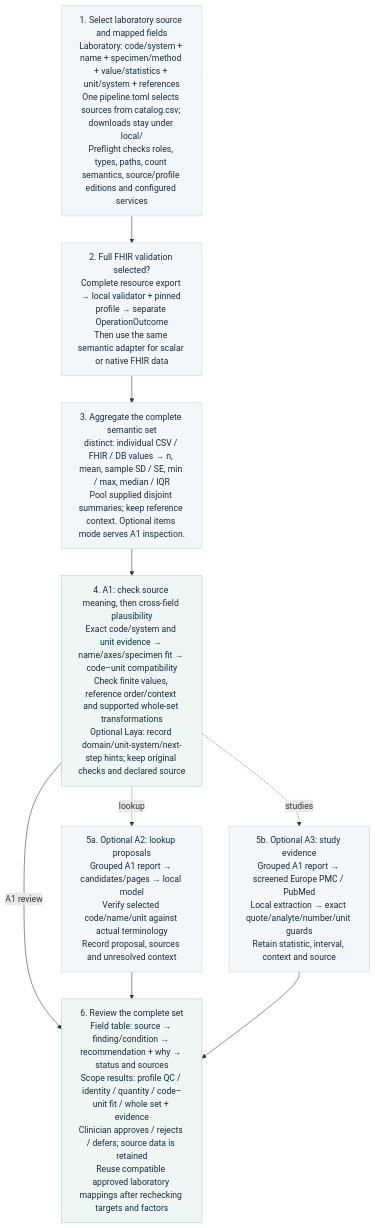
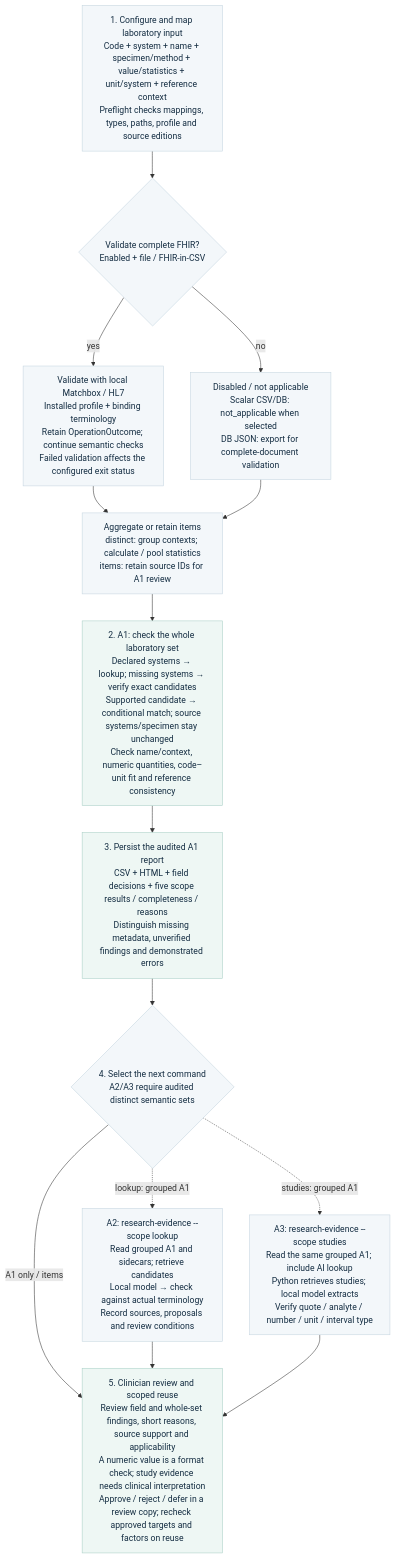
The diagram in docs/decision-flow.mmd (neumdan/semantic-plausibility), drawn with Mermaid before and after one commit. The commit also changed 15 other files, not shown here.

Commit message:
docs: align laboratory workflow, diagrams and medication v2 scope

```diff
--- a/docs/decision-flow.mmd
+++ b/docs/decision-flow.mmd
@@ -1,22 +1,30 @@
-%% Same node/edge contract as decision-flow.svg.
+%% Generated with decision-flow.svg by tools/render_batch_diagrams.py.
 flowchart TD
-    CONTRACT["1. Select laboratory source and mapped fields<br/>Laboratory: code/system + name + specimen/method + value/statistics + unit/system + references<br/>One pipeline.toml selects sources from catalog.csv; downloads stay under local/<br/>Preflight checks roles, types, paths, count semantics, source/profile editions and configured services"]
-    FHIR["2. Full FHIR validation selected?<br/>Complete resource export → local validator + pinned profile → separate OperationOutcome<br/>Then use the same semantic adapter for scalar or native FHIR data"]
-    GROUP["3. Aggregate the complete semantic set<br/>distinct: individual CSV / FHIR / DB values → n, mean, sample SD / SE, min / max, median / IQR<br/>Pool supplied disjoint summaries; keep reference context. Optional items mode serves A1 inspection."]
-    A1["4. A1: check source meaning, then cross-field plausibility<br/>Exact code/system and unit evidence → name/axes/specimen fit → code–unit compatibility<br/>Check finite values, reference order/context and supported whole-set transformations<br/>Optional Laya: record domain/unit-system/next-step hints; keep original checks and declared source"]
-    A2["5a. Optional A2: lookup proposals<br/>Grouped A1 report → candidates/pages → local model<br/>Verify selected code/name/unit against actual terminology<br/>Record proposal, sources and unresolved context"]
-    A3["5b. Optional A3: study evidence<br/>Grouped A1 report → screened Europe PMC / PubMed<br/>Local extraction → exact quote/analyte/number/unit guards<br/>Retain statistic, interval, context and source"]
-    REVIEW["6. Review the complete set<br/>Field table: source → finding/condition → recommendation + why → status and sources<br/>Scope results: profile QC / identity / quantity / code–unit fit / whole set + evidence<br/>Clinician approves / rejects / defers; source data is retained<br/>Reuse compatible approved laboratory mappings after rechecking targets and factors"]
-    CONTRACT --> FHIR
+    INPUT["1. Configure and map laboratory input<br/>Code + system + name + specimen/method + value/statistics + unit/system + reference context<br/>Preflight checks mappings, types, paths, profile and source editions"]
+    VALIDATION{"Validate complete FHIR?<br/>Enabled + file / FHIR-in-CSV"}
+    FHIR["Validate with local Matchbox / HL7<br/>Installed profile + binding terminology<br/>Retain OperationOutcome; continue semantic checks<br/>Failed validation affects the configured exit status"]
+    SKIP["Disabled / not applicable<br/>Scalar CSV/DB: not_applicable when selected<br/>DB JSON: export for complete-document validation"]
+    GROUP["Aggregate or retain items<br/>distinct: group contexts; calculate / pool statistics<br/>items: retain source IDs for A1 review"]
+    A1["2. A1: check the whole laboratory set<br/>Declared systems → lookup; missing systems → verify exact candidates<br/>Supported candidate → conditional match; source systems/specimen stay unchanged<br/>Check name/context, numeric quantities, code–unit fit and reference consistency"]
+    REPORT["3. Persist the audited A1 report<br/>CSV + HTML + field decisions + five scope results / completeness / reasons<br/>Distinguish missing metadata, unverified findings and demonstrated errors"]
+    METHOD{"4. Select the next command<br/>A2/A3 require audited distinct semantic sets"}
+    A2["A2: research-evidence --scope lookup<br/>Read grouped A1 and sidecars; retrieve candidates<br/>Local model → check against actual terminology<br/>Record sources, proposals and review conditions"]
+    A3["A3: research-evidence --scope studies<br/>Read the same grouped A1; include AI lookup<br/>Python retrieves studies; local model extracts<br/>Verify quote / analyte / number / unit / interval type"]
+    REVIEW["5. Clinician review and scoped reuse<br/>Review field and whole-set findings, short reasons, source support and applicability<br/>A numeric value is a format check; study evidence needs clinical interpretation<br/>Approve / reject / defer in a review copy; recheck approved targets and factors on reuse"]
+    INPUT --> VALIDATION
+    VALIDATION --> |"yes"| FHIR
+    VALIDATION --> |"no"| SKIP
     FHIR --> GROUP
+    SKIP --> GROUP
     GROUP --> A1
-    A1 -.-> |"lookup"| A2
-    A1 -.-> |"studies"| A3
-    A1 --> |"A1 review"| REVIEW
+    A1 --> REPORT
+    REPORT --> METHOD
+    METHOD -.-> |"lookup: grouped A1"| A2
+    METHOD -.-> |"studies: grouped A1"| A3
+    METHOD --> |"A1 only / items"| REVIEW
     A2 --> REVIEW
     A3 --> REVIEW
     classDef normal fill:#f3f7fa,stroke:#c4d5df,color:#142d42
-    class CONTRACT,FHIR,GROUP,A2,A3 normal
+    class INPUT,VALIDATION,FHIR,SKIP,GROUP,METHOD,A2,A3 normal
     classDef teal fill:#eef7f4,stroke:#a8cfc6,color:#142d42
-    class A1,REVIEW teal
-    classDef error fill:#fcf1f3,stroke:#ecc7cf,color:#142d42
+    class A1,REPORT,REVIEW teal
```
